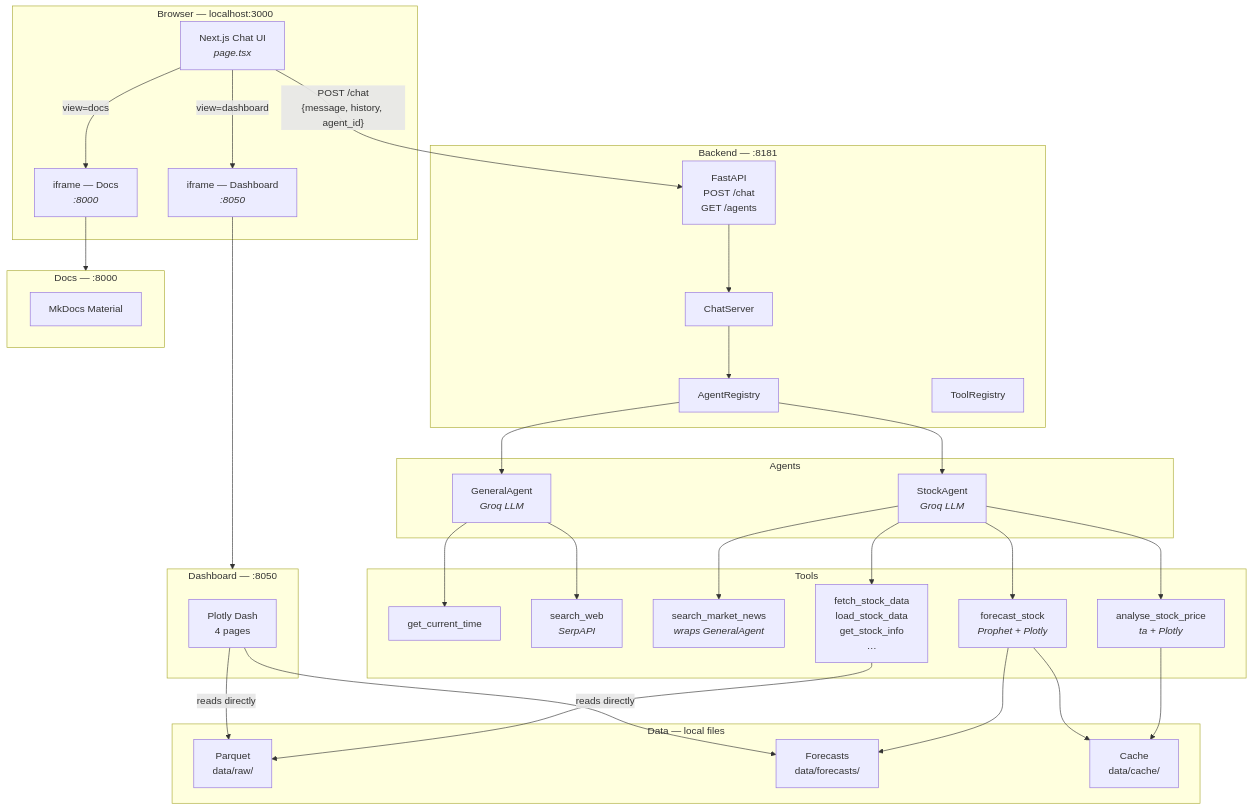
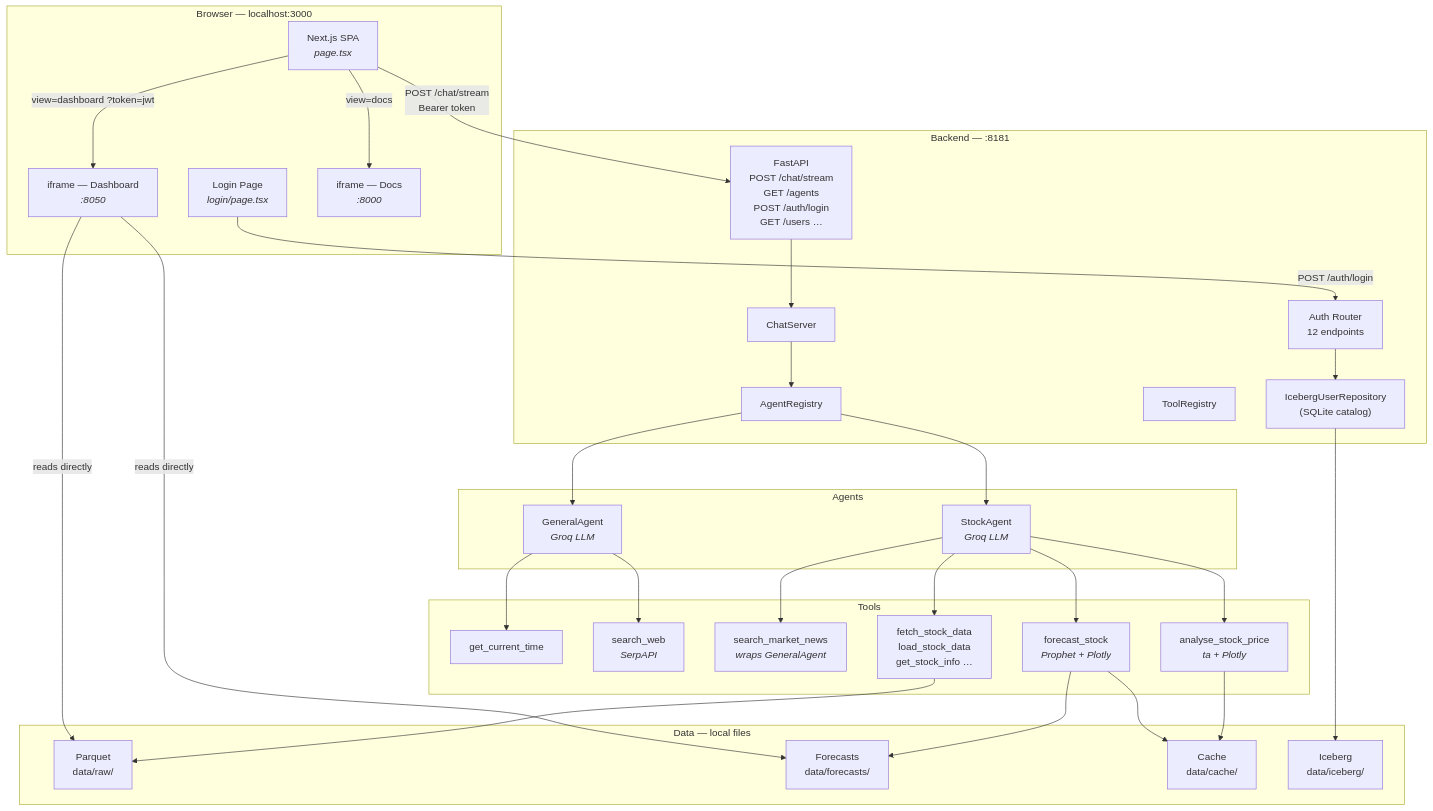
The first of 4 diagrams in README.md (asequitytrading-design/ai-agent-ui), drawn with Mermaid before and after one commit. The commit also changed other lines of this file and 3 other files, not shown here.

````diff
--- a/README.md
+++ b/README.md
@@ -45,55 +47,53 @@
 ```mermaid
 graph TD
     subgraph Browser["Browser — localhost:3000"]
-        UI["Next.js Chat UI<br/><i>page.tsx</i>"]
+        UI["Next.js SPA<br/><i>page.tsx</i>"]
+        Login["Login Page<br/><i>login/page.tsx</i>"]
         IF_DASH["iframe — Dashboard<br/><i>:8050</i>"]
         IF_DOCS["iframe — Docs<br/><i>:8000</i>"]
     end
 
     subgraph Backend["Backend — :8181"]
-        API["FastAPI<br/>POST /chat<br/>GET /agents"]
+        API["FastAPI<br/>POST /chat/stream<br/>GET /agents<br/>POST /auth/login<br/>GET /users …"]
         CS["ChatServer"]
         AR["AgentRegistry"]
         TR["ToolRegistry"]
+        AUTH["Auth Router<br/>12 endpoints"]
+        ICE["IcebergUserRepository<br/>(SQLite catalog)"]
     end
 
     subgraph Agents["Agents"]
         GA["GeneralAgent<br/><i>Groq LLM</i>"]
         SA["StockAgent<br/><i>Groq LLM</i>"]
     end
 
     subgraph Tools["Tools"]
         T1["get_current_time"]
         T2["search_web<br/><i>SerpAPI</i>"]
         T3["search_market_news<br/><i>wraps GeneralAgent</i>"]
-        T4["fetch_stock_data<br/>load_stock_data<br/>get_stock_info<br/>…"]
+        T4["fetch_stock_data<br/>load_stock_data<br/>get_stock_info …"]
         T5["analyse_stock_price<br/><i>ta + Plotly</i>"]
         T6["forecast_stock<br/><i>Prophet + Plotly</i>"]
     end
 
     subgraph Data["Data — local files"]
         P["Parquet<br/>data/raw/"]
         F["Forecasts<br/>data/forecasts/"]
         C["Cache<br/>data/cache/"]
+        IC["Iceberg<br/>data/iceberg/"]
     end
 
-    subgraph Dash["Dashboard — :8050"]
-        DP["Plotly Dash<br/>4 pages"]
-    end
-
-    subgraph Docs["Docs — :8000"]
-        MK["MkDocs Material"]
-    end
-
-    UI -->|"POST /chat<br/>{message, history, agent_id}"| API
+    Login -->|"POST /auth/login"| AUTH
+    AUTH --> ICE --> IC
+    UI -->|"POST /chat/stream<br/>Bearer token"| API
     API --> CS --> AR
     AR --> GA & SA
     GA --> T1 & T2
     SA --> T3 & T4 & T5 & T6
     T4 --> P
     T5 --> C
     T6 --> F & C
-    DP -->|"reads directly"| P & F
-    UI -->|"view=dashboard"| IF_DASH --> Dash
-    UI -->|"view=docs"| IF_DOCS --> Docs
+    IF_DASH -->|"reads directly"| P & F
+    UI -->|"view=dashboard ?token=jwt"| IF_DASH
+    UI -->|"view=docs"| IF_DOCS
 ```
````
